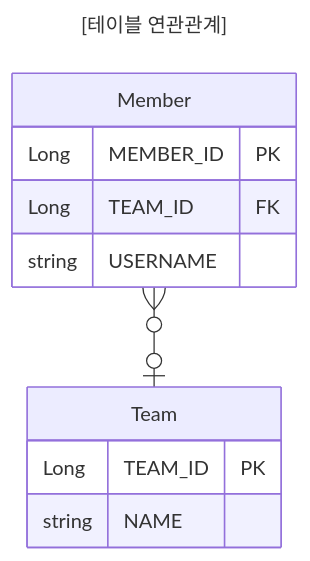
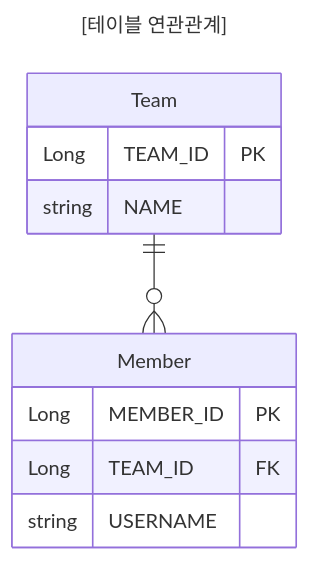
Before and after one commit to pozafly/TIL: the second of 2 diagrams in Backend/Spring/jpa/기본/0.6 연관관계 매핑 기초.md, drawn with Mermaid. The commit also changed other lines of this file and 3 other files, not shown here.

````diff
--- a/Backend/Spring/jpa/기본/0.6 연관관계 매핑 기초.md
+++ b/Backend/Spring/jpa/기본/0.6 연관관계 매핑 기초.md
@@ -38,16 +65,16 @@
 ```mermaid
 ---
 title: "[테이블 연관관계]"
 ---
 erDiagram
 	Member {
 		Long MEMBER_ID PK
 		Long TEAM_ID FK
 		string USERNAME
 	}
 	Team {
 		Long TEAM_ID PK
 		string NAME
 	}
-	Member }o--o| Team : ""
+	Team ||--o{ Member : ""
 ```
````
